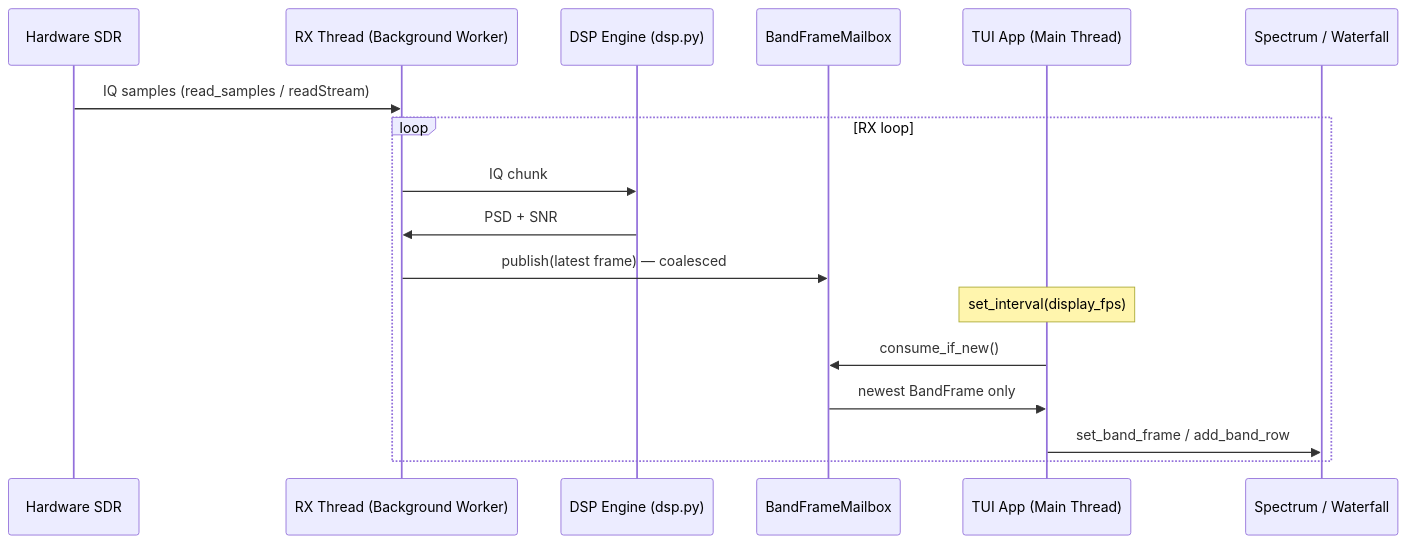
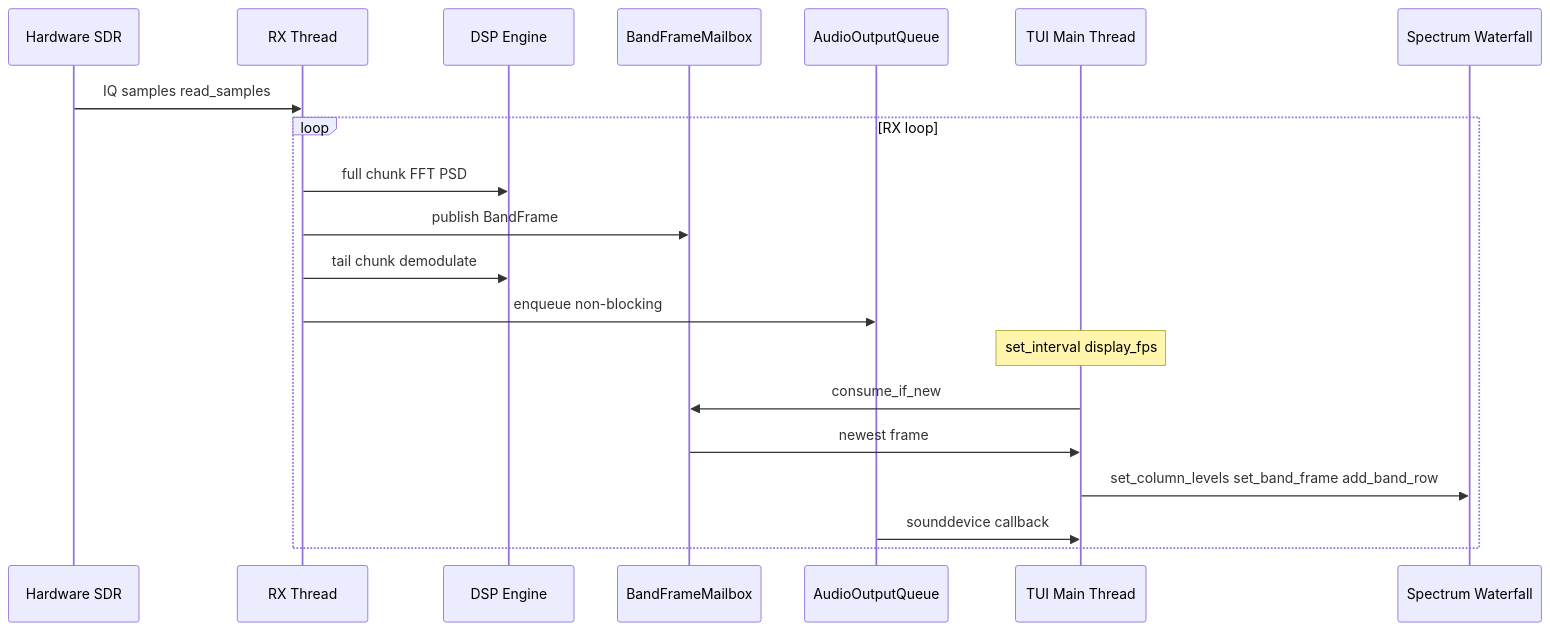
The diagram in docs/architecture.md (xyz-rainbow/xyz-sdr), drawn with Mermaid before and after one commit. The commit also changed other lines of this file and 14 other files, not shown here.

````diff
--- a/docs/architecture.md
+++ b/docs/architecture.md
@@ -11,20 +13,23 @@
 ```mermaid
 sequenceDiagram
     participant HW as Hardware SDR
-    participant Worker as RX Thread (Background Worker)
-    participant DSP as DSP Engine (dsp.py)
+    participant Worker as RX Thread
+    participant DSP as DSP Engine
     participant Mailbox as BandFrameMailbox
-    participant App as TUI App (Main Thread)
-    participant UI as Spectrum / Waterfall
+    participant Audio as AudioOutputQueue
+    participant App as TUI Main Thread
+    participant UI as Spectrum Waterfall
 
-    HW->>Worker: IQ samples (read_samples / readStream)
+    HW->>Worker: IQ samples read_samples
     loop RX loop
-        Worker->>DSP: IQ chunk
-        DSP->>Worker: PSD + SNR
-        Worker->>Mailbox: publish(latest frame) — coalesced
-        Note over App: set_interval(display_fps)
-        App->>Mailbox: consume_if_new()
-        Mailbox->>App: newest BandFrame only
-        App->>UI: set_band_frame / add_band_row
+        Worker->>DSP: full chunk FFT PSD
+        Worker->>Mailbox: publish BandFrame
+        Worker->>DSP: tail chunk demodulate
+        Worker->>Audio: enqueue non-blocking
+        Note over App: set_interval display_fps
+        App->>Mailbox: consume_if_new
+        Mailbox->>App: newest frame
+        App->>UI: set_column_levels set_band_frame add_band_row
+        Audio->>App: sounddevice callback
     end
 ```
````
